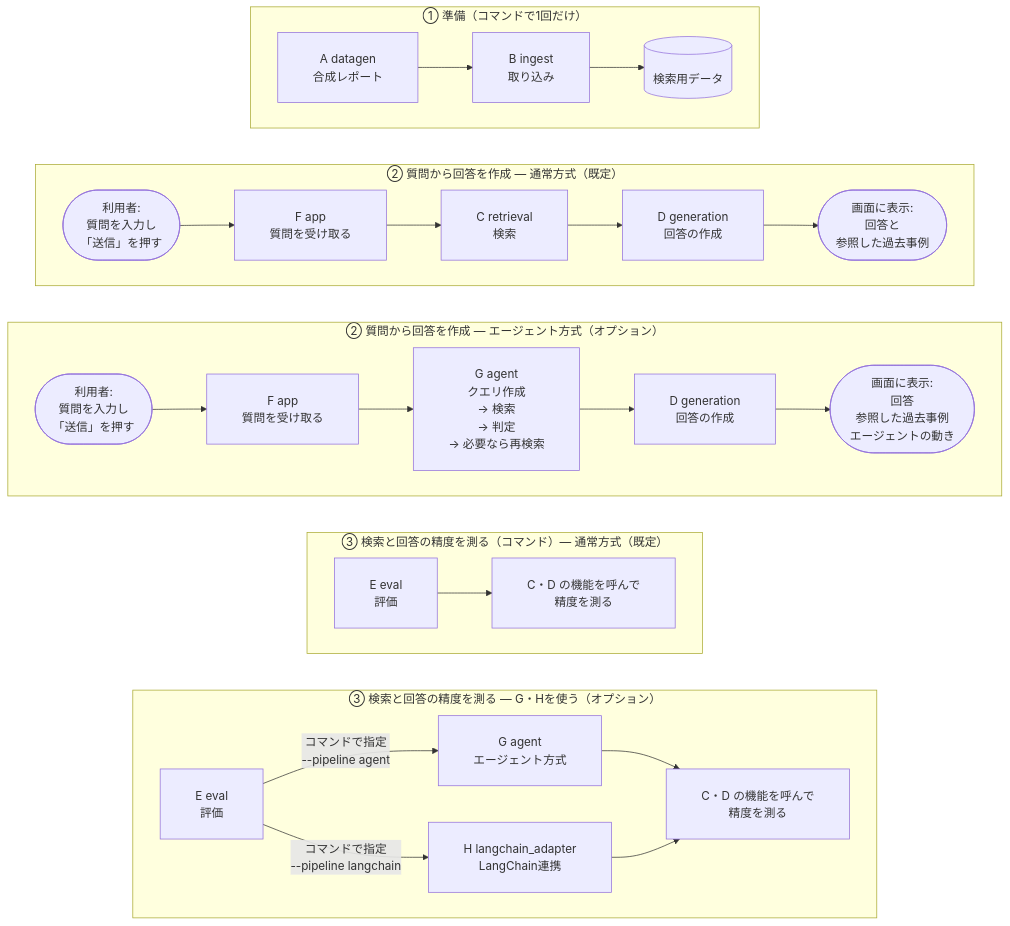
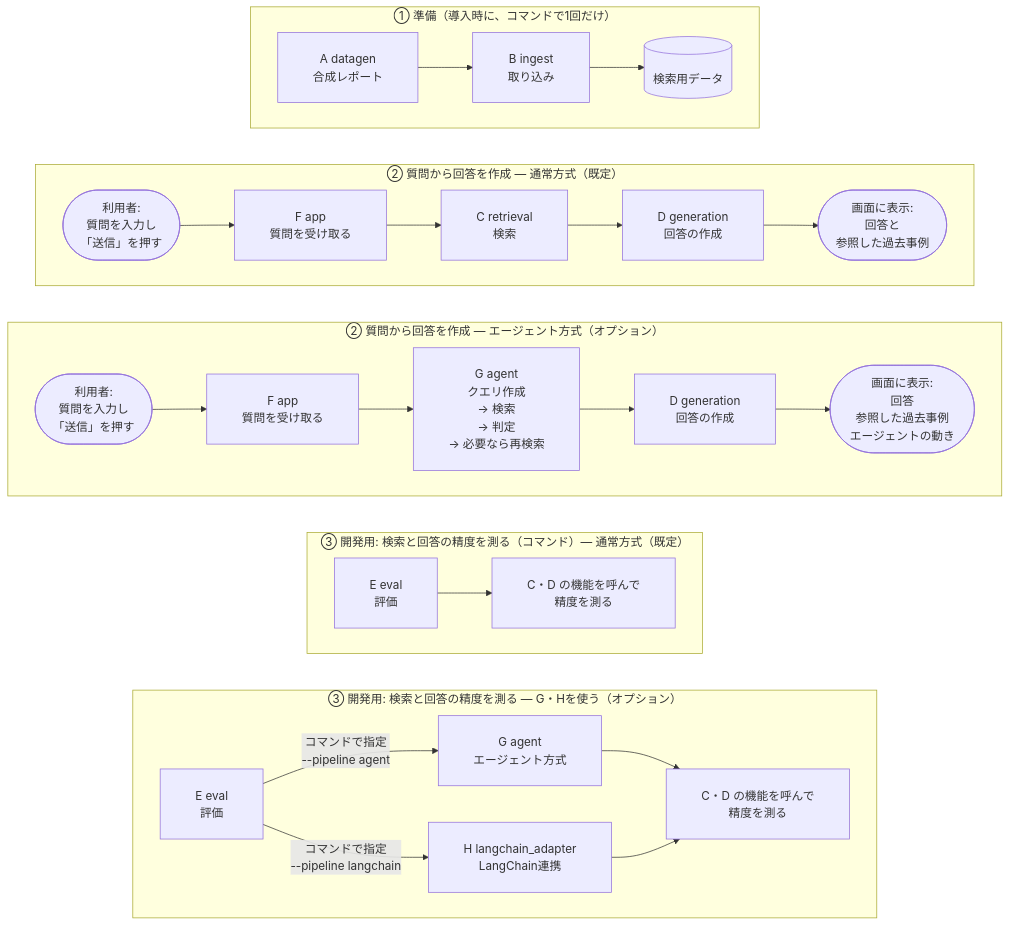
One commit to satoshi-abe-dev/silo-rag changed the first of 3 diagrams in README_ja.md. Above: the diagram before and after it, drawn with Mermaid. The commit also changed other lines of this file and 1 other file, not shown here.

Commit message:
Say who uses each part of the architecture
End users use only the question-answering flow (2). The preparation (1) is
run once by whoever installs the system, and the evaluation (3) is only
for developers, to compare the plain mode, G and H with numbers.

````diff
--- a/README_ja.md
+++ b/README_ja.md
@@ -136,29 +136,29 @@
 ```mermaid
 %%{init: {"flowchart": {"padding": 24, "wrappingWidth": 400}}}%%
 graph TB
-    subgraph prep["① 準備（コマンドで1回だけ）"]
+    subgraph prep["① 準備（導入時に、コマンドで1回だけ）"]
         direction LR
         A["A datagen<br/>合成レポート"] --> B["B ingest<br/>取り込み"] --> DB[("検索用データ")]
     end
     subgraph plain["② 質問から回答を作成 ― 通常方式（既定）"]
         direction LR
         U1(["利用者:<br/>質問を入力し<br/>「送信」を押す"]) --> F1["F app<br/>質問を受け取る"] --> C1["C retrieval<br/>検索"] --> D1["D generation<br/>回答の作成"] --> R1(["画面に表示:<br/>回答と<br/>参照した過去事例"])
     end
     subgraph agent["② 質問から回答を作成 ― エージェント方式（オプション）"]
         direction LR
         U2(["利用者:<br/>質問を入力し<br/>「送信」を押す"]) --> F2["F app<br/>質問を受け取る"] --> G["G agent<br/>クエリ作成<br/>→ 検索<br/>→ 判定<br/>→ 必要なら再検索"] --> D2["D generation<br/>回答の作成"] --> R2(["画面に表示:<br/>回答<br/>参照した過去事例<br/>エージェントの動き"])
     end
-    subgraph ev["③ 検索と回答の精度を測る（コマンド）― 通常方式（既定）"]
+    subgraph ev["③ 開発用: 検索と回答の精度を測る（コマンド）― 通常方式（既定）"]
         direction LR
         E1["E eval<br/>評価"] --> CD1["C・D の機能を呼んで<br/>精度を測る"]
     end
-    subgraph ev2["③ 検索と回答の精度を測る ― G・Hを使う（オプション）"]
+    subgraph ev2["③ 開発用: 検索と回答の精度を測る ― G・Hを使う（オプション）"]
         direction LR
         E2["E eval<br/>評価"] -->|"コマンドで指定<br/>--pipeline agent"| G2["G agent<br/>エージェント方式"] --> CD2["C・D の機能を呼んで<br/>精度を測る"]
         E2 -->|"コマンドで指定<br/>--pipeline langchain"| H["H langchain_adapter<br/>LangChain連携"] --> CD2
     end
     prep ~~~ plain
     plain ~~~ agent
     agent ~~~ ev
     ev ~~~ ev2
 ```
````
